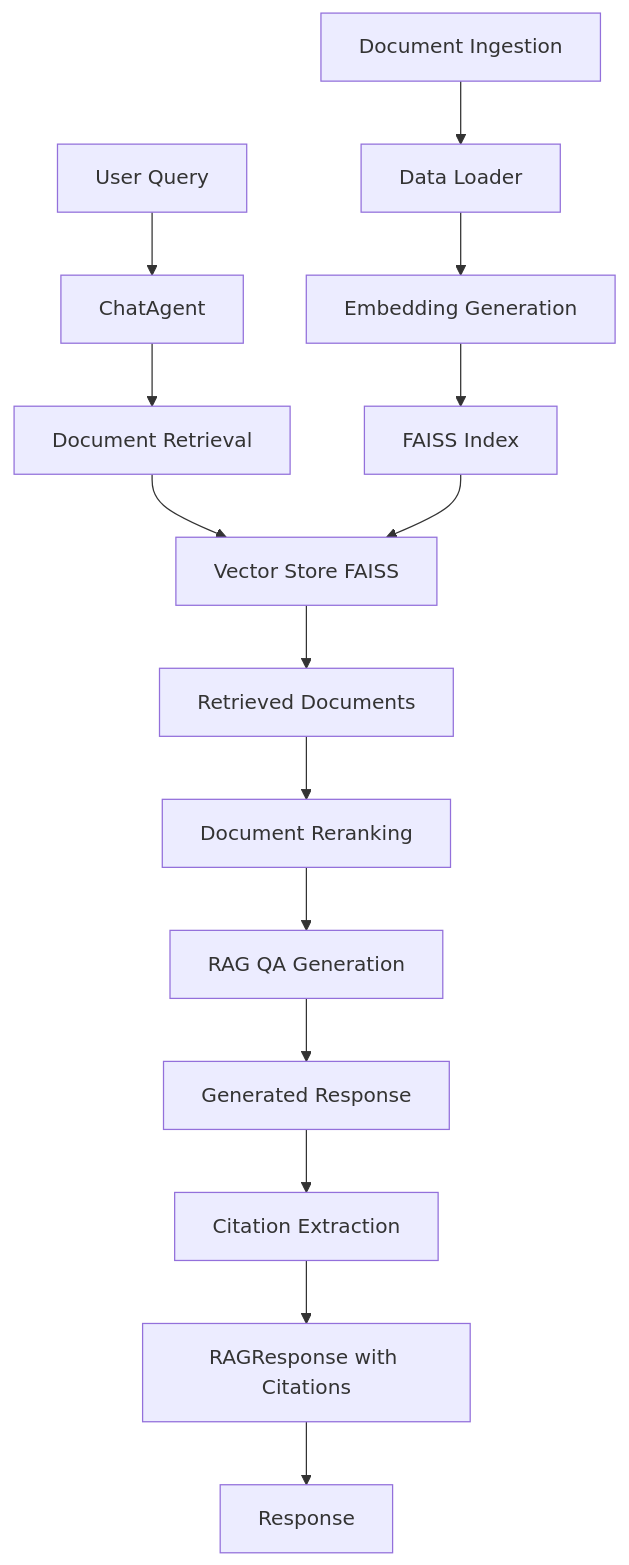
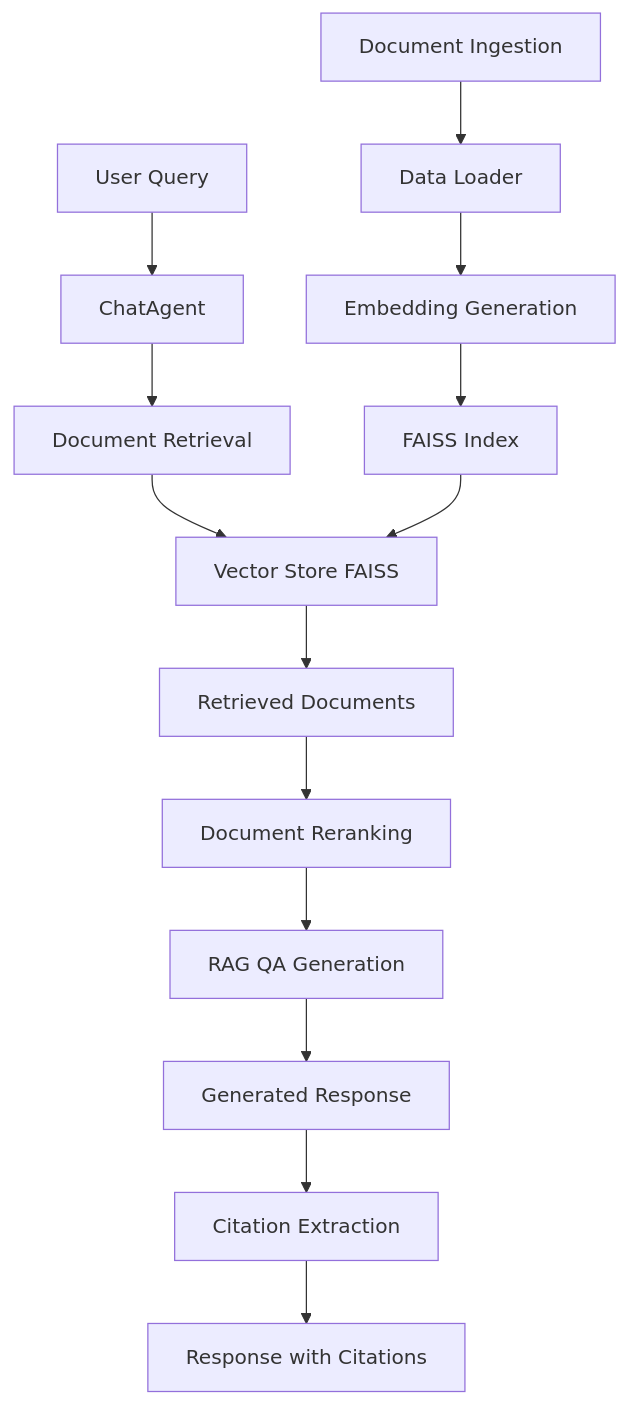
The diagram in README.md (HackerLion123/rag-example), drawn with Mermaid before and after one commit.

Commit message:
[main] remove one. more element in architecture.

````diff
--- a/README.md
+++ b/README.md
@@ -9,18 +9,17 @@
 ```mermaid
 graph TD
     A[User Query] --> B[ChatAgent]
     B --> C[Document Retrieval]
     C --> D[Vector Store FAISS]
     D --> E[Retrieved Documents]
     E --> F[Document Reranking]
     F --> G[RAG QA Generation]
     G --> H[Generated Response]
     H --> I[Citation Extraction]
-    I --> J[RAGResponse with Citations]
-    J --> K[Response]
+    I --> J[Response with Citations]
     
     O[Document Ingestion] --> P[Data Loader]
     P --> Q[Embedding Generation]
     Q --> R[FAISS Index]
     R --> D
 ```
````
